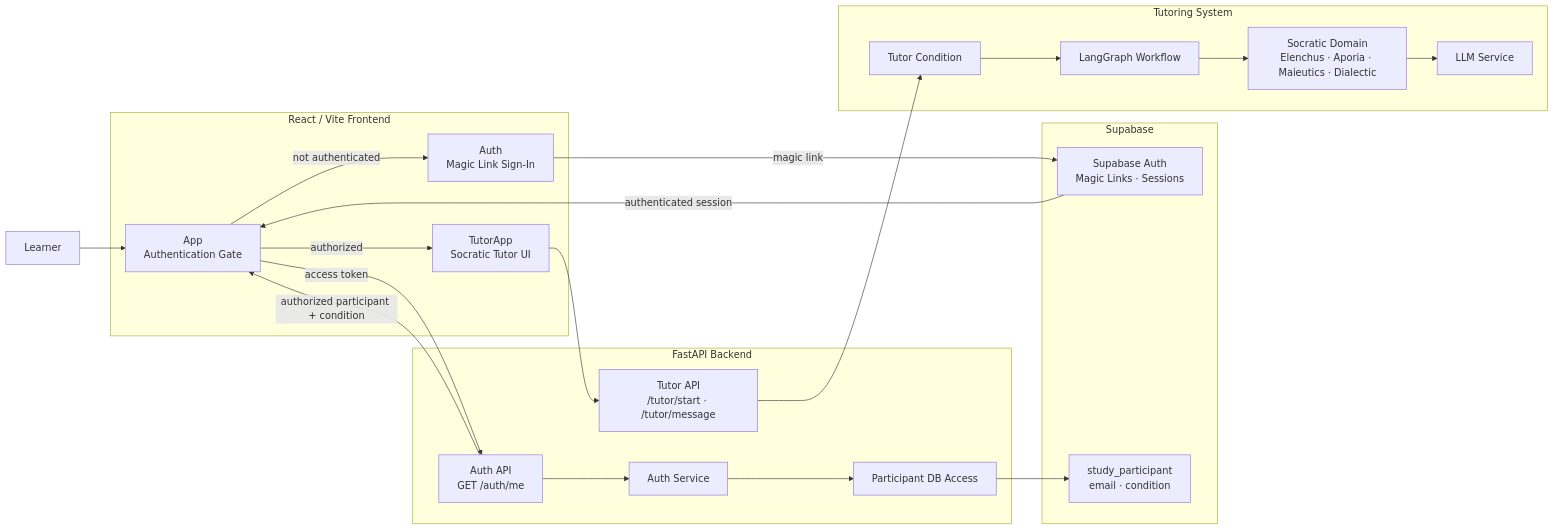
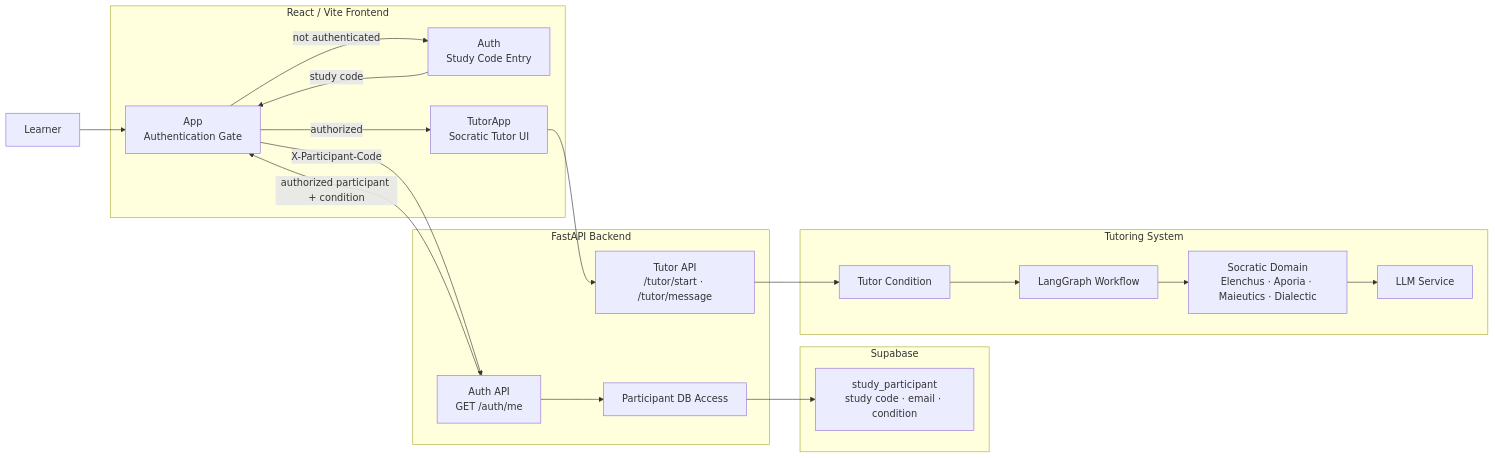
The first of 3 diagrams in README.md (anissawilliams/socratic_agentic_ai), drawn with Mermaid before and after one commit. The commit also changed other lines of this file and 16 other files, not shown here.

Commit message:
Implement participant study-code authentication (#10)

````diff
--- a/README.md
+++ b/README.md
@@ -30,49 +30,45 @@
 ```mermaid
 flowchart LR
     LEARNER["Learner"]
 
     subgraph FRONTEND["React / Vite Frontend"]
         APP["App<br/>Authentication Gate"]
-        AUTH["Auth<br/>Magic Link Sign-In"]
+        AUTH["Auth<br/>Study Code Entry"]
         TUTOR["TutorApp<br/>Socratic Tutor UI"]
     end
 
     subgraph SUPABASE["Supabase"]
-        SBAUTH["Supabase Auth<br/>Magic Links · Sessions"]
-        PARTICIPANT["study_participant<br/>email · condition"]
+        PARTICIPANT["study_participant<br/>study code · email · condition"]
     end
 
     subgraph BACKEND["FastAPI Backend"]
         AUTHAPI["Auth API<br/>GET /auth/me"]
         TUTORAPI["Tutor API<br/>/tutor/start · /tutor/message"]
-        AUTHSVC["Auth Service"]
         PARTICIPANTDB["Participant DB Access"]
     end
 
     subgraph TUTORING["Tutoring System"]
         CONDITION["Tutor Condition"]
         GRAPH["LangGraph Workflow"]
         SOCRATIC["Socratic Domain<br/>Elenchus · Aporia · Maieutics · Dialectic"]
         LLM["LLM Service"]
     end
 
     LEARNER --> APP
 
     APP -->|not authenticated| AUTH
-    AUTH -->|magic link| SBAUTH
-    SBAUTH -->|authenticated session| APP
+    AUTH -->|study code| APP
 
-    APP -->|access token| AUTHAPI
-    AUTHAPI --> AUTHSVC
-    AUTHSVC --> PARTICIPANTDB
+    APP -->|X-Participant-Code| AUTHAPI
+    AUTHAPI --> PARTICIPANTDB
     PARTICIPANTDB --> PARTICIPANT
 
     AUTHAPI -->|authorized participant + condition| APP
     APP -->|authorized| TUTOR
 
     TUTOR --> TUTORAPI
     TUTORAPI --> CONDITION
     CONDITION --> GRAPH
     GRAPH --> SOCRATIC
     SOCRATIC --> LLM
 ```
````
